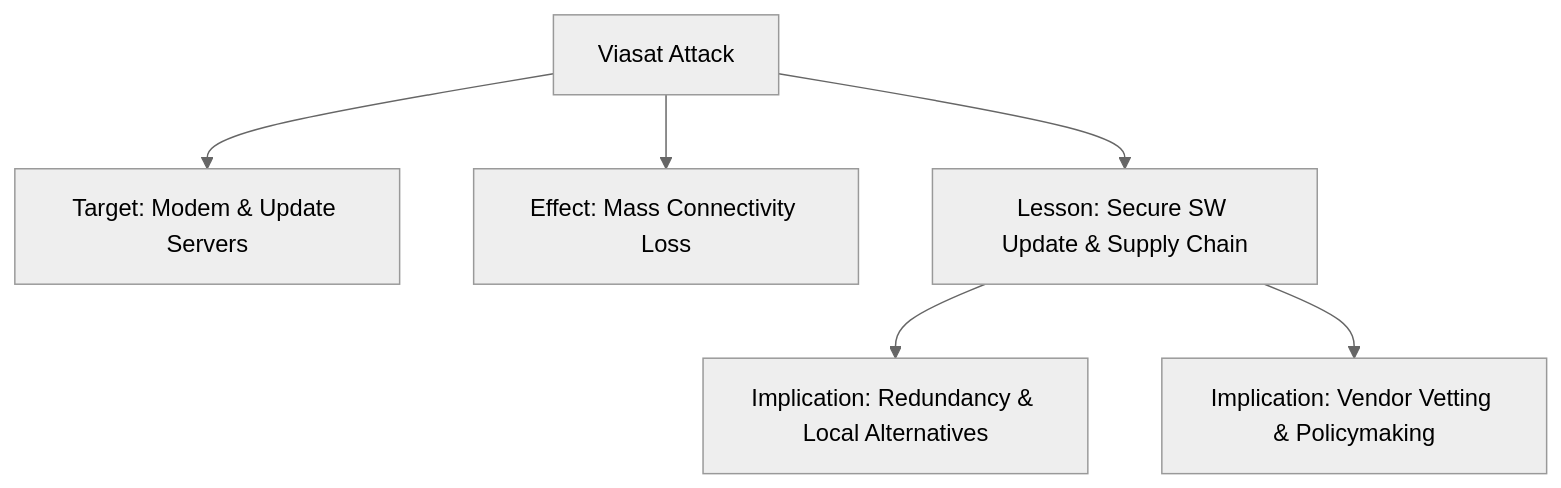
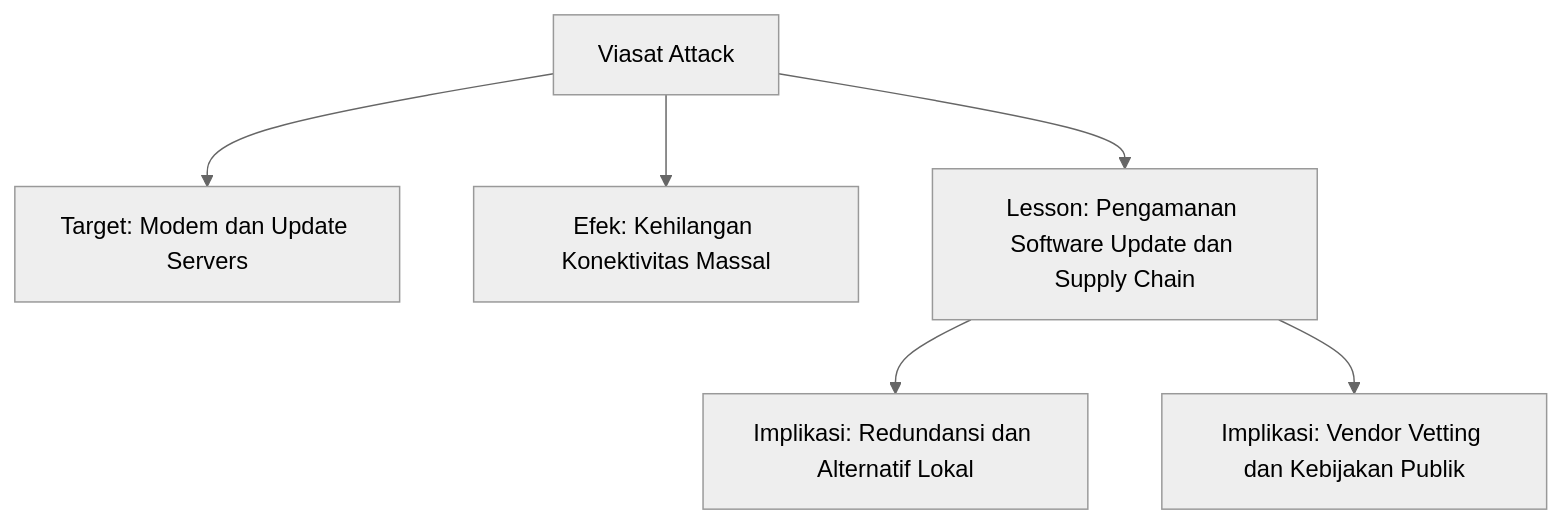
The fourth of 6 diagrams in siber-warfare-basic/Tugas3-4_Cyber_Warfare.md (Cayvit/Forensik-Teknologi-Informasi-dan-Workshop-Siber-Warfare-Basic), drawn with Mermaid (neutral theme) before and after one commit. The commit also changed other lines of this file, not shown here.

Commit message:
Update Mermaid diagrams for clarity and consistency

````diff
--- a/siber-warfare-basic/Tugas3-4_Cyber_Warfare.md
+++ b/siber-warfare-basic/Tugas3-4_Cyber_Warfare.md
@@ -222,9 +223,10 @@
 ```mermaid
 graph TD
   V[Viasat Attack]
-  V --> A[Target: Modem & Update Servers]
-  V --> B[Effect: Mass Connectivity Loss]
-  V --> C[Lesson: Secure SW Update & Supply Chain]
-  C --> D[Implication: Redundancy & Local Alternatives]
-  C --> E[Implication: Vendor Vetting & Policymaking]
+  V --> A[Target: Modem dan Update Servers]
+  V --> B[Efek: Kehilangan Konektivitas Massal]
+  V --> C[Lesson: Pengamanan Software Update dan Supply Chain]
+  C --> D[Implikasi: Redundansi dan Alternatif Lokal]
+  C --> E[Implikasi: Vendor Vetting dan Kebijakan Publik]
+
 ```
````
